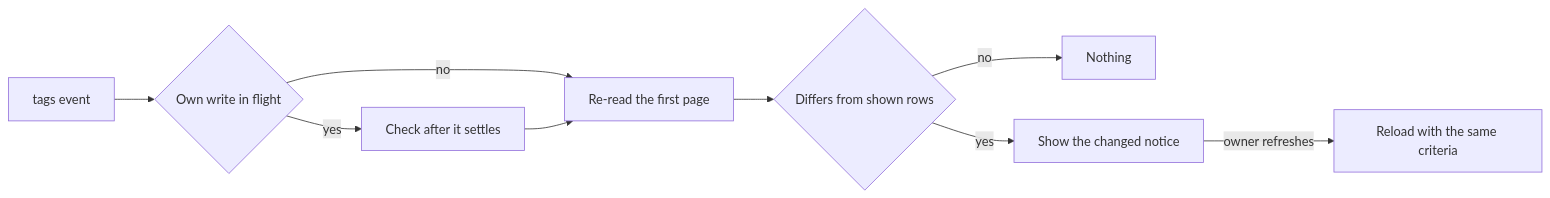
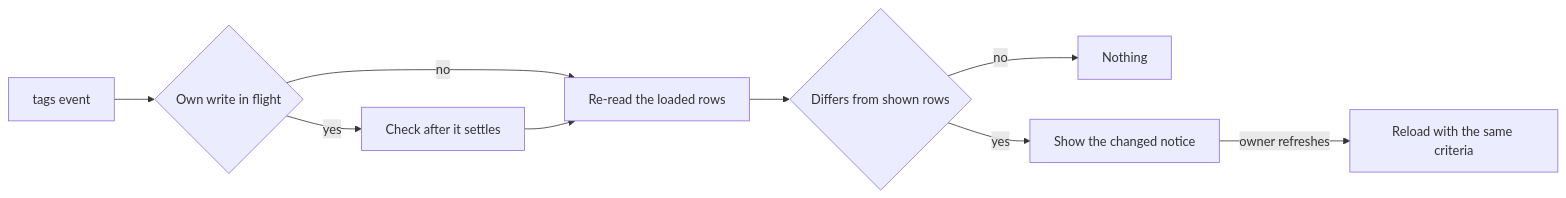
One commit to syudead/vv changed the second of 3 diagrams in specs/070-tag-workbench/plan.md. Above: the diagram before and after it, drawn with Mermaid. The commit also changed other lines of this file, not shown here.

First line of the commit message:
Compare every loaded tag row after a tags event

````diff
--- a/specs/070-tag-workbench/plan.md
+++ b/specs/070-tag-workbench/plan.md
@@ -115,11 +115,11 @@
 ```mermaid
 flowchart LR
   ev[tags event] --> busy{Own write in flight}
   busy -->|yes| wait[Check after it settles]
-  busy -->|no| check[Re-read the first page]
+  busy -->|no| check[Re-read the loaded rows]
   wait --> check
   check --> same{Differs from shown rows}
   same -->|no| keep[Nothing]
   same -->|yes| notice[Show the changed notice]
   notice -->|owner refreshes| reload[Reload with the same criteria]
 ```
````
